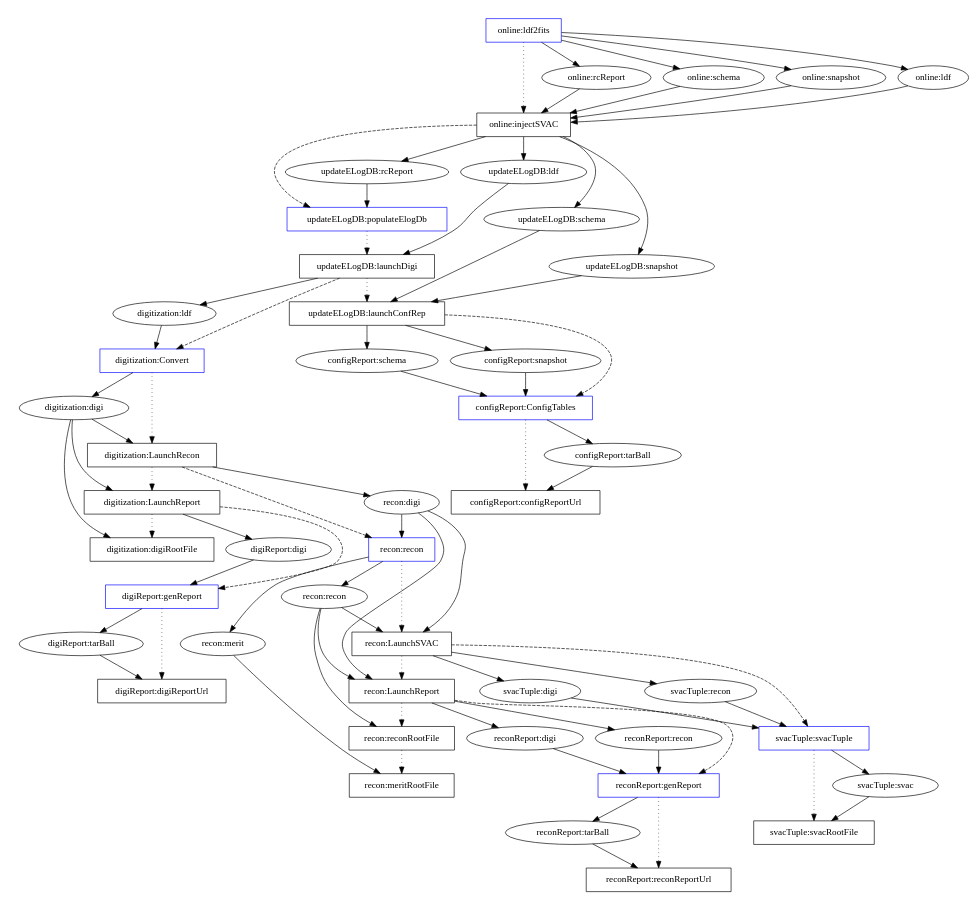
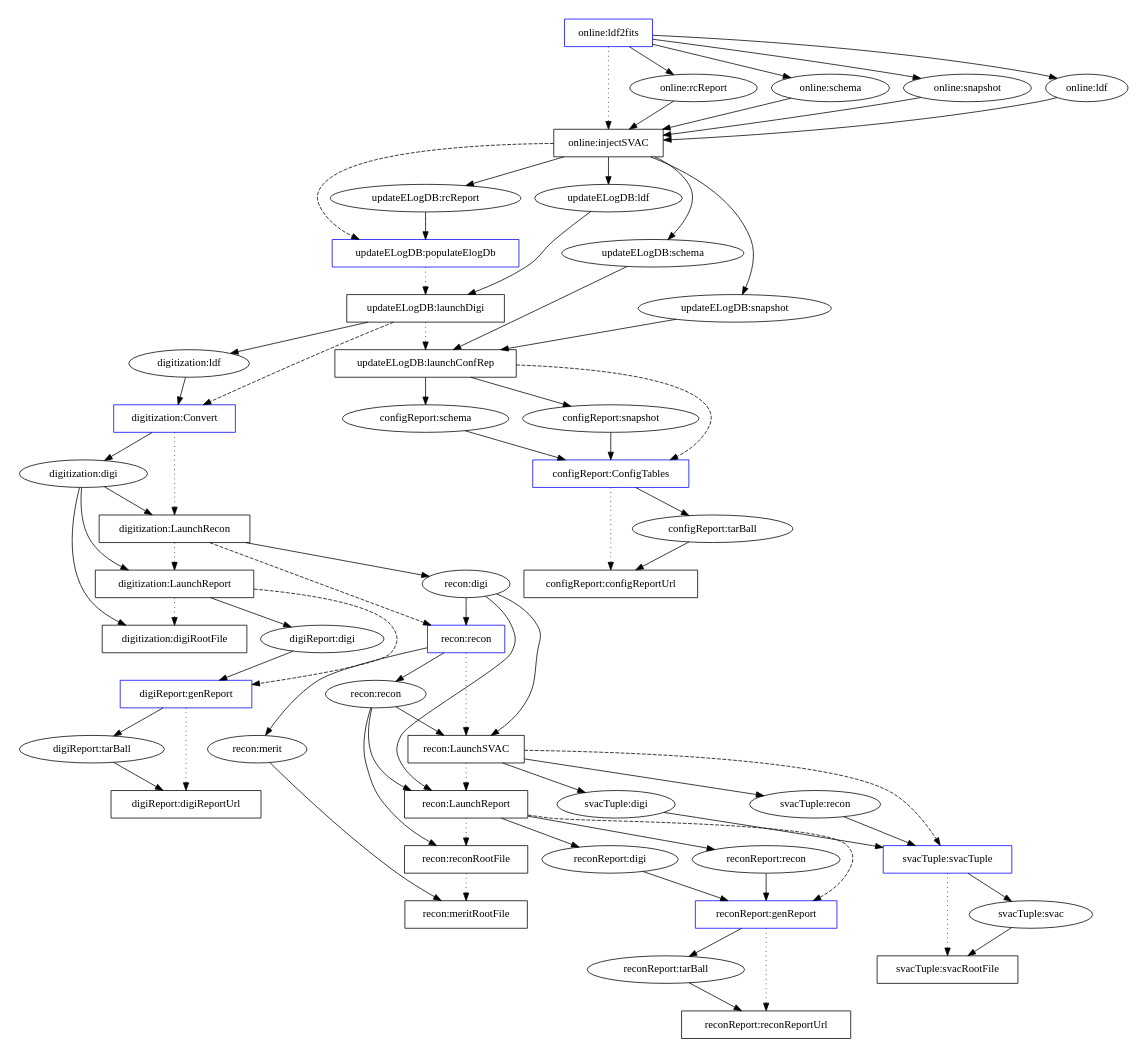
The diagram in svacPipeline/doc/actual-EM2-v1r0.dot (fermi-lat/svac), drawn with Graphviz before and after one commit. The commit also changed 2 other files, not shown here.

Commit message:
Frobbed node names.  Added node labels.  Fixed position & size of graphics in document.

```diff
--- a/svacPipeline/doc/actual-EM2-v1r0.dot
+++ b/svacPipeline/doc/actual-EM2-v1r0.dot
@@ -1,194 +1,194 @@
 digraph iAndTPipeline {
 
 #rotate=90;
-size="6,8";
+size="7.5,6.5";
 
 #### task processes
 node [shape=box];
 ####
-online_ldf2fits [label="online:ldf2fits",color=blue];
-online_injectSVAC [label="online:injectSVAC"];
+online_ldf2fits_tp [label="online:ldf2fits",color=blue];
+online_injectSVAC_tp [label="online:injectSVAC"];
 #
-updateELogDB_populateElogDb [label="updateELogDB:populateElogDb",color=blue];
-updateELogDB_launchDigi [label="updateELogDB:launchDigi"];
-updateELogDB_launchConfRep [label="updateELogDB:launchConfRep"];
+updateELogDB_populateElogDb_tp [label="updateELogDB:populateElogDb",color=blue];
+updateELogDB_launchDigi_tp [label="updateELogDB:launchDigi"];
+updateELogDB_launchConfRep_tp [label="updateELogDB:launchConfRep"];
 #
-configReport_ConfigTables [label="configReport:ConfigTables",color=blue];
-configReport_configReportUrl [label="configReport:configReportUrl"];
+configReport_ConfigTables_tp [label="configReport:ConfigTables",color=blue];
+configReport_configReportUrl_tp [label="configReport:configReportUrl"];
 #
-digitization_Convert [label="digitization:Convert",color=blue];
-digitization_LaunchRecon [label="digitization:LaunchRecon"];
-digitization_LaunchReport [label="digitization:LaunchReport "];
-digitization_digiRootFile [label="digitization:digiRootFile"];
+digitization_Convert_tp [label="digitization:Convert",color=blue];
+digitization_LaunchRecon_tp [label="digitization:LaunchRecon"];
+digitization_LaunchReport_tp [label="digitization:LaunchReport "];
+digitization_digiRootFile_tp [label="digitization:digiRootFile"];
 #
-digiReport_genReport [label="digiReport:genReport",color=blue];
-digiReport_digiReportUrl [label="digiReport:digiReportUrl"];
+digiReport_genReport_tp [label="digiReport:genReport",color=blue];
+digiReport_digiReportUrl_tp [label="digiReport:digiReportUrl"];
 #
 recon_recon_tp [label="recon:recon",color=blue];
-recon_LaunchSVAC [label="recon:LaunchSVAC"];
-recon_LaunchReport [label="recon:LaunchReport"];
-recon_reconRootFile [label="recon:reconRootFile"];
-recon_meritRootFile [label="recon:meritRootFile"];
+recon_LaunchSVAC_tp [label="recon:LaunchSVAC"];
+recon_LaunchReport_tp [label="recon:LaunchReport"];
+recon_reconRootFile_tp [label="recon:reconRootFile"];
+recon_meritRootFile_tp [label="recon:meritRootFile"];
 #
-reconReport_genReport [label="reconReport:genReport",color=blue];
-reconReport_reconReportUrl [label="reconReport:reconReportUrl"];
+reconReport_genReport_tp [label="reconReport:genReport",color=blue];
+reconReport_reconReportUrl_tp [label="reconReport:reconReportUrl"];
 #
-svacTuple_svacTuple [label="svacTuple:svacTuple ",color=blue];
-svacTuple_svacRootFile [label="svacTuple:svacRootFile"];
+svacTuple_svacTuple_tp [label="svacTuple:svacTuple ",color=blue];
+svacTuple_svacRootFile_tp [label="svacTuple:svacRootFile"];
 
 #### datasets
 node [shape=ellipse];
 ####
-online_rcReport [label="online:rcReport"];
-updateELogDB_rcReport [label="updateELogDB:rcReport"];
-online_schema [label="online:schema"];
-updateELogDB_schema [label="updateELogDB:schema"];
-configReport_schema [label="configReport:schema"];
-online_snapshot [label="online:snapshot"];
-updateELogDB_snapshot [label="updateELogDB:snapshot"];
-configReport_snapshot [label="configReport:snapshot"];
-online_ldf [label="online:ldf"];
-updateELogDB_ldf [label="updateELogDB:ldf"];
-digitization_ldf [label="digitization:ldf"];
+online_rcReport_ds [label="online:rcReport"];
+updateELogDB_rcReport_ds [label="updateELogDB:rcReport"];
+online_schema_ds [label="online:schema"];
+updateELogDB_schema_ds [label="updateELogDB:schema"];
+configReport_schema_ds [label="configReport:schema"];
+online_snapshot_ds [label="online:snapshot"];
+updateELogDB_snapshot_ds [label="updateELogDB:snapshot"];
+configReport_snapshot_ds [label="configReport:snapshot"];
+online_ldf_ds [label="online:ldf"];
+updateELogDB_ldf_ds [label="updateELogDB:ldf"];
+digitization_ldf_ds [label="digitization:ldf"];
 #
-configReport_tarBall [label="configReport:tarBall"];
+configReport_tarBall_ds [label="configReport:tarBall"];
 #
-digitization_digi [label="digitization:digi"];
-recon_digi [label="recon:digi"];
-digiReport_digi [label="digiReport:digi"];
-svacTuple_digi [label="svacTuple:digi"];
-reconReport_digi [label="reconReport:digi"];
+digitization_digi_ds [label="digitization:digi"];
+recon_digi_ds [label="recon:digi"];
+digiReport_digi_ds [label="digiReport:digi"];
+svacTuple_digi_ds [label="svacTuple:digi"];
+reconReport_digi_ds [label="reconReport:digi"];
 #
-digiReport_tarBall [label="digiReport:tarBall"];
+digiReport_tarBall_ds [label="digiReport:tarBall"];
 #
 recon_recon_ds [label="recon:recon"];
-svacTuple_recon [label="svacTuple:recon"];
-reconReport_recon [label="reconReport:recon"];
-recon_merit [label="recon:merit"];
+svacTuple_recon_ds [label="svacTuple:recon"];
+reconReport_recon_ds [label="reconReport:recon"];
+recon_merit_ds [label="recon:merit"];
 #
-reconReport_tarBall [label="reconReport:tarBall"];
+reconReport_tarBall_ds [label="reconReport:tarBall"];
 #
-svacTuple_svac [label="svacTuple:svac"];
+svacTuple_svac_ds [label="svacTuple:svac"];
 
 #### TP -> DS links
 edge [weight=10];
 ####
-online_ldf2fits -> online_rcReport;
-online_ldf2fits -> online_schema;
-online_ldf2fits -> online_snapshot;
-online_ldf2fits -> online_ldf;
+online_ldf2fits_tp -> online_rcReport_ds;
+online_ldf2fits_tp -> online_schema_ds;
+online_ldf2fits_tp -> online_snapshot_ds;
+online_ldf2fits_tp -> online_ldf_ds;
 #
-online_rcReport -> online_injectSVAC;
-online_schema -> online_injectSVAC;
-online_snapshot -> online_injectSVAC;
-online_ldf -> online_injectSVAC;
+online_rcReport_ds -> online_injectSVAC_tp;
+online_schema_ds -> online_injectSVAC_tp;
+online_snapshot_ds -> online_injectSVAC_tp;
+online_ldf_ds -> online_injectSVAC_tp;
 #
-online_injectSVAC -> updateELogDB_rcReport;
-online_injectSVAC -> updateELogDB_schema;
-online_injectSVAC -> updateELogDB_snapshot;
-online_injectSVAC -> updateELogDB_ldf;
+online_injectSVAC_tp -> updateELogDB_rcReport_ds;
+online_injectSVAC_tp -> updateELogDB_schema_ds;
+online_injectSVAC_tp -> updateELogDB_snapshot_ds;
+online_injectSVAC_tp -> updateELogDB_ldf_ds;
 
-updateELogDB_rcReport -> updateELogDB_populateElogDb;
+updateELogDB_rcReport_ds -> updateELogDB_populateElogDb_tp;
 #
-updateELogDB_ldf -> updateELogDB_launchDigi;
-updateELogDB_launchDigi -> digitization_ldf;
+updateELogDB_ldf_ds -> updateELogDB_launchDigi_tp;
+updateELogDB_launchDigi_tp -> digitization_ldf_ds;
 #
-updateELogDB_schema -> updateELogDB_launchConfRep;
-updateELogDB_snapshot -> updateELogDB_launchConfRep;
-updateELogDB_launchConfRep -> configReport_schema;
-updateELogDB_launchConfRep -> configReport_snapshot;
+updateELogDB_schema_ds -> updateELogDB_launchConfRep_tp;
+updateELogDB_snapshot_ds -> updateELogDB_launchConfRep_tp;
+updateELogDB_launchConfRep_tp -> configReport_schema_ds;
+updateELogDB_launchConfRep_tp -> configReport_snapshot_ds;
 
-configReport_schema -> configReport_ConfigTables;
-configReport_snapshot -> configReport_ConfigTables;
-configReport_ConfigTables -> configReport_tarBall;
+configReport_schema_ds -> configReport_ConfigTables_tp;
+configReport_snapshot_ds -> configReport_ConfigTables_tp;
+configReport_ConfigTables_tp -> configReport_tarBall_ds;
 #
-configReport_tarBall -> configReport_configReportUrl;
+configReport_tarBall_ds -> configReport_configReportUrl_tp;
 
-digitization_ldf -> digitization_Convert;
-digitization_Convert -> digitization_digi;
+digitization_ldf_ds -> digitization_Convert_tp;
+digitization_Convert_tp -> digitization_digi_ds;
 #
-digitization_digi -> digitization_LaunchRecon;
-digitization_LaunchRecon -> recon_digi;
+digitization_digi_ds -> digitization_LaunchRecon_tp;
+digitization_LaunchRecon_tp -> recon_digi_ds;
 #
-digitization_digi -> digitization_LaunchReport;
-digitization_LaunchReport -> digiReport_digi;
+digitization_digi_ds -> digitization_LaunchReport_tp;
+digitization_LaunchReport_tp -> digiReport_digi_ds;
 #
-digitization_digi -> digitization_digiRootFile;
+digitization_digi_ds -> digitization_digiRootFile_tp;
 
-digiReport_digi -> digiReport_genReport;
-digiReport_genReport -> digiReport_tarBall;
+digiReport_digi_ds -> digiReport_genReport_tp;
+digiReport_genReport_tp -> digiReport_tarBall_ds;
 #
-digiReport_tarBall -> digiReport_digiReportUrl;
+digiReport_tarBall_ds -> digiReport_digiReportUrl_tp;
 
-recon_digi -> recon_recon_tp;
+recon_digi_ds -> recon_recon_tp;
 recon_recon_tp -> recon_recon_ds;
-recon_recon_tp -> recon_merit;
+recon_recon_tp -> recon_merit_ds;
 #
-recon_recon_ds -> recon_LaunchSVAC;
-recon_digi -> recon_LaunchSVAC;
-recon_LaunchSVAC -> svacTuple_recon;
-recon_LaunchSVAC -> svacTuple_digi;
+recon_recon_ds -> recon_LaunchSVAC_tp;
+recon_digi_ds -> recon_LaunchSVAC_tp;
+recon_LaunchSVAC_tp -> svacTuple_recon_ds;
+recon_LaunchSVAC_tp -> svacTuple_digi_ds;
 #
-recon_recon_ds -> recon_LaunchReport;
-recon_digi -> recon_LaunchReport;
-recon_LaunchReport -> reconReport_recon;
-recon_LaunchReport -> reconReport_digi;
+recon_recon_ds -> recon_LaunchReport_tp;
+recon_digi_ds -> recon_LaunchReport_tp;
+recon_LaunchReport_tp -> reconReport_recon_ds;
+recon_LaunchReport_tp -> reconReport_digi_ds;
 #
-recon_recon_ds -> recon_reconRootFile;
+recon_recon_ds -> recon_reconRootFile_tp;
 #
-recon_merit -> recon_meritRootFile;
+recon_merit_ds -> recon_meritRootFile_tp;
 
-reconReport_digi -> reconReport_genReport;
-reconReport_recon -> reconReport_genReport;
-reconReport_genReport -> reconReport_tarBall;
+reconReport_digi_ds -> reconReport_genReport_tp;
+reconReport_recon_ds -> reconReport_genReport_tp;
+reconReport_genReport_tp -> reconReport_tarBall_ds;
 #
-reconReport_tarBall -> reconReport_reconReportUrl;
+reconReport_tarBall_ds -> reconReport_reconReportUrl_tp;
 
-svacTuple_digi -> svacTuple_svacTuple;
-svacTuple_recon -> svacTuple_svacTuple;
-svacTuple_svacTuple -> svacTuple_svac;
+svacTuple_digi_ds -> svacTuple_svacTuple_tp;
+svacTuple_recon_ds -> svacTuple_svacTuple_tp;
+svacTuple_svacTuple_tp -> svacTuple_svac_ds;
 #
-svacTuple_svac -> svacTuple_svacRootFile;
+svacTuple_svac_ds -> svacTuple_svacRootFile_tp;
 
 
 #### intratask links ####
 edge [style=dotted,weight=100];
 ####
-online_ldf2fits -> online_injectSVAC;
+online_ldf2fits_tp -> online_injectSVAC_tp;
 #
-updateELogDB_populateElogDb -> updateELogDB_launchDigi;
-updateELogDB_launchDigi -> updateELogDB_launchConfRep;
+updateELogDB_populateElogDb_tp -> updateELogDB_launchDigi_tp;
+updateELogDB_launchDigi_tp -> updateELogDB_launchConfRep_tp;
 #
-digitization_Convert -> digitization_LaunchRecon;
-digitization_LaunchRecon -> digitization_LaunchReport;
-digitization_LaunchReport -> digitization_digiRootFile;
+digitization_Convert_tp -> digitization_LaunchRecon_tp;
+digitization_LaunchRecon_tp -> digitization_LaunchReport_tp;
+digitization_LaunchReport_tp -> digitization_digiRootFile_tp;
 #
-configReport_ConfigTables -> configReport_configReportUrl;
+configReport_ConfigTables_tp -> configReport_configReportUrl_tp;
 #
-recon_recon_tp -> recon_LaunchSVAC;
-recon_LaunchSVAC -> recon_LaunchReport;
-recon_LaunchReport -> recon_reconRootFile;
-recon_reconRootFile -> recon_meritRootFile;
+recon_recon_tp -> recon_LaunchSVAC_tp;
+recon_LaunchSVAC_tp -> recon_LaunchReport_tp;
+recon_LaunchReport_tp -> recon_reconRootFile_tp;
+recon_reconRootFile_tp -> recon_meritRootFile_tp;
 #
-digiReport_genReport -> digiReport_digiReportUrl;
+digiReport_genReport_tp -> digiReport_digiReportUrl_tp;
 #
-svacTuple_svacTuple -> svacTuple_svacRootFile;
+svacTuple_svacTuple_tp -> svacTuple_svacRootFile_tp;
 #
-reconReport_genReport -> reconReport_reconReportUrl;
+reconReport_genReport_tp -> reconReport_reconReportUrl_tp;
 
 
 ##### intertask links #####
 edge [style=dashed,weight=1];
 ####
-online_injectSVAC -> updateELogDB_populateElogDb;
+online_injectSVAC_tp -> updateELogDB_populateElogDb_tp;
 #
-updateELogDB_launchDigi -> digitization_Convert;
-updateELogDB_launchConfRep -> configReport_ConfigTables;
+updateELogDB_launchDigi_tp -> digitization_Convert_tp;
+updateELogDB_launchConfRep_tp -> configReport_ConfigTables_tp;
 #
-digitization_LaunchRecon -> recon_recon_tp;
-digitization_LaunchReport -> digiReport_genReport;
+digitization_LaunchRecon_tp -> recon_recon_tp;
+digitization_LaunchReport_tp -> digiReport_genReport_tp;
 #
-recon_LaunchSVAC -> svacTuple_svacTuple;
-recon_LaunchReport -> reconReport_genReport;
+recon_LaunchSVAC_tp -> svacTuple_svacTuple_tp;
+recon_LaunchReport_tp -> reconReport_genReport_tp;
 
 }
```
